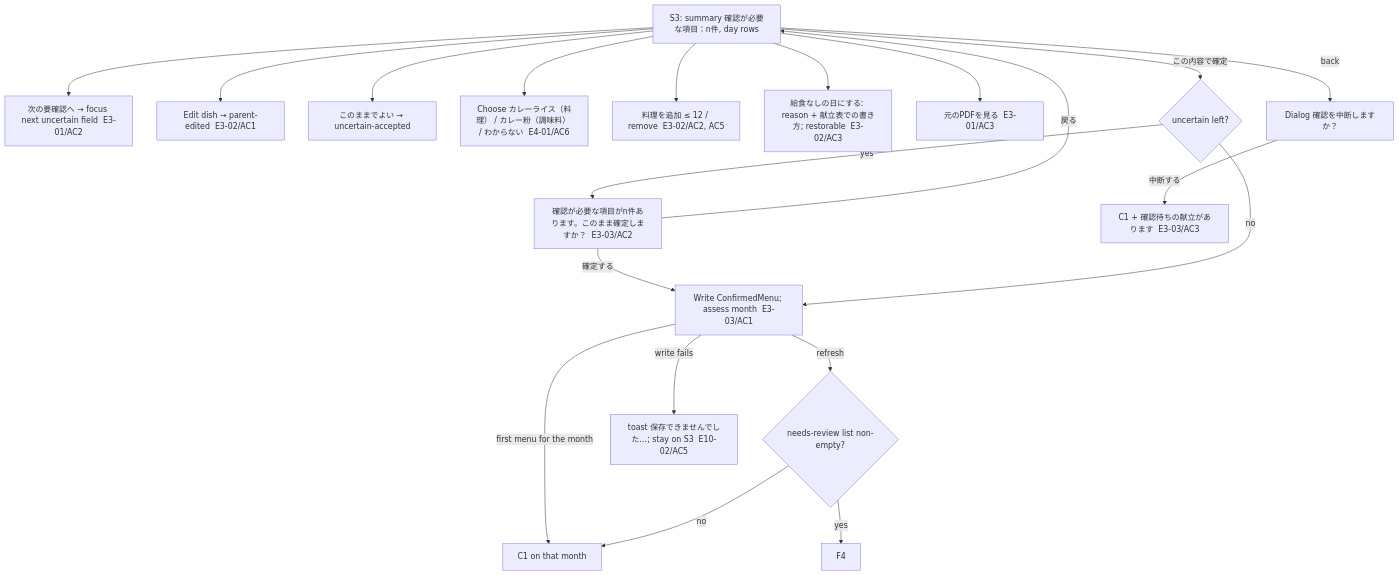
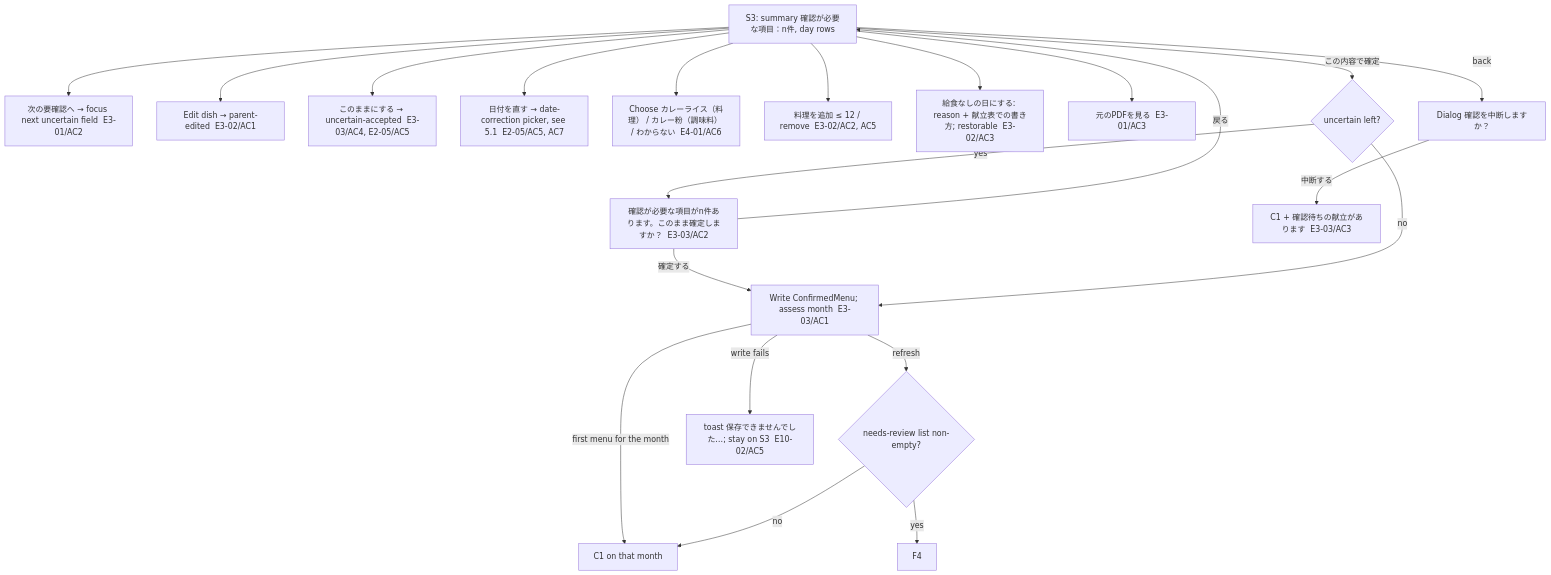
The third of 7 diagrams in design/flows.md (MrDrah/BentoMinder), drawn with Mermaid before and after one commit. The commit also changed other lines of this file and 23 other files, not shown here.

First line of the commit message:
M2 prep: date-correction rules and UI, picker labels, settings in onboarding, D-M1-03/04 rulings

````diff
--- a/design/flows.md
+++ b/design/flows.md
@@ -152,22 +158,23 @@
 ```mermaid
 flowchart TD
   S3[S3: summary 確認が必要な項目：n件, day rows] --> N[次の要確認へ → focus next uncertain field  E3-01/AC2]
   S3 --> Ed[Edit dish → parent-edited  E3-02/AC1]
-  S3 --> Acc[このままでよい → uncertain-accepted]
+  S3 --> Acc[このままにする → uncertain-accepted  E3-03/AC4, E2-05/AC5]
+  S3 --> DF[日付を直す → date-correction picker, see 5.1  E2-05/AC5, AC7]
   S3 --> Amb[Choose カレーライス（料理） / カレー粉（調味料） / わからない  E4-01/AC6]
   S3 --> Add[料理を追加 ≤ 12 / remove  E3-02/AC2, AC5]
   S3 --> NL[給食なしの日にする: reason + 献立表での書き方; restorable  E3-02/AC3]
   S3 --> Pdf[元のPDFを見る  E3-01/AC3]
   S3 -->|この内容で確定| Q{uncertain left?}
   Q -- yes --> Dlg[確認が必要な項目がn件あります。このまま確定しますか？  E3-03/AC2]
   Dlg -- 戻る --> S3
   Dlg -- 確定する --> W
   Q -- no --> W[Write ConfirmedMenu; assess month  E3-03/AC1]
   W -- first menu for the month --> C1[C1 on that month]
   W -- refresh --> RL{needs-review list non-empty?}
   RL -- yes --> S3r[F4]
   RL -- no --> C1
   W -- write fails --> T[toast 保存できませんでした…; stay on S3  E10-02/AC5]
   S3 -->|back| L[Dialog 確認を中断しますか？]
   L -- 中断する --> C1p[C1 + 確認待ちの献立があります  E3-03/AC3]
 ```
````
